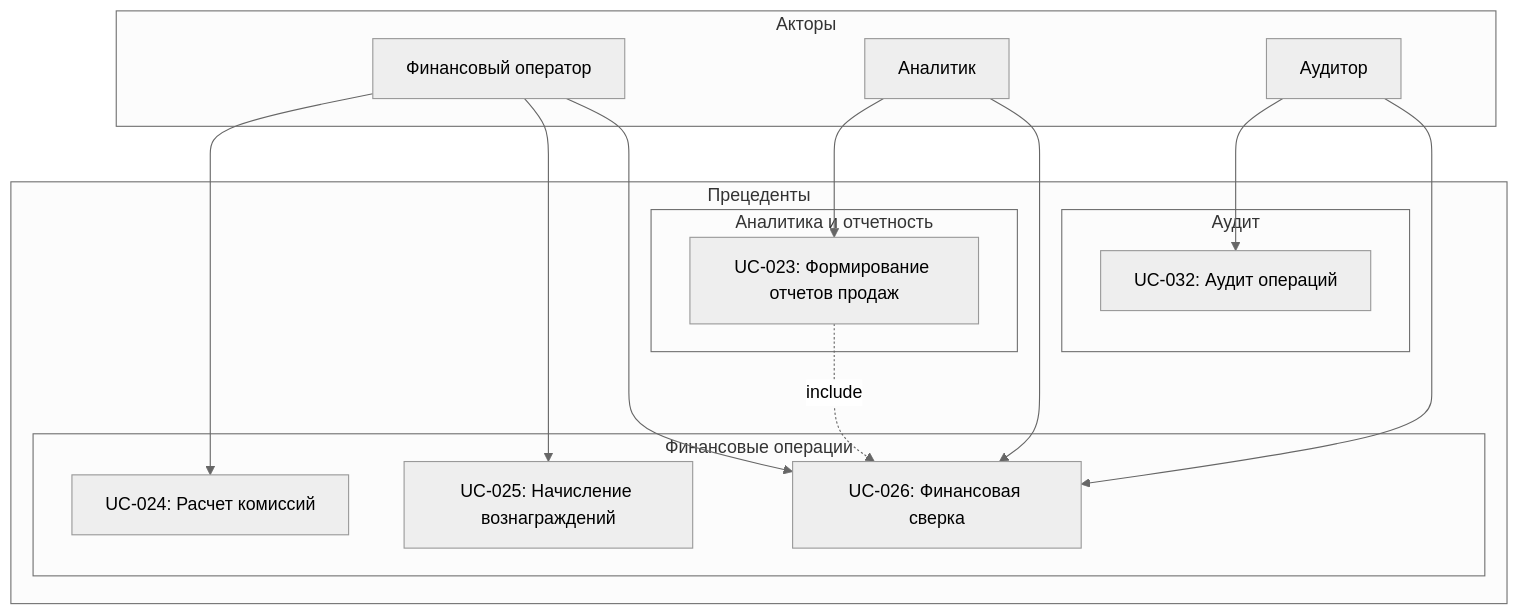
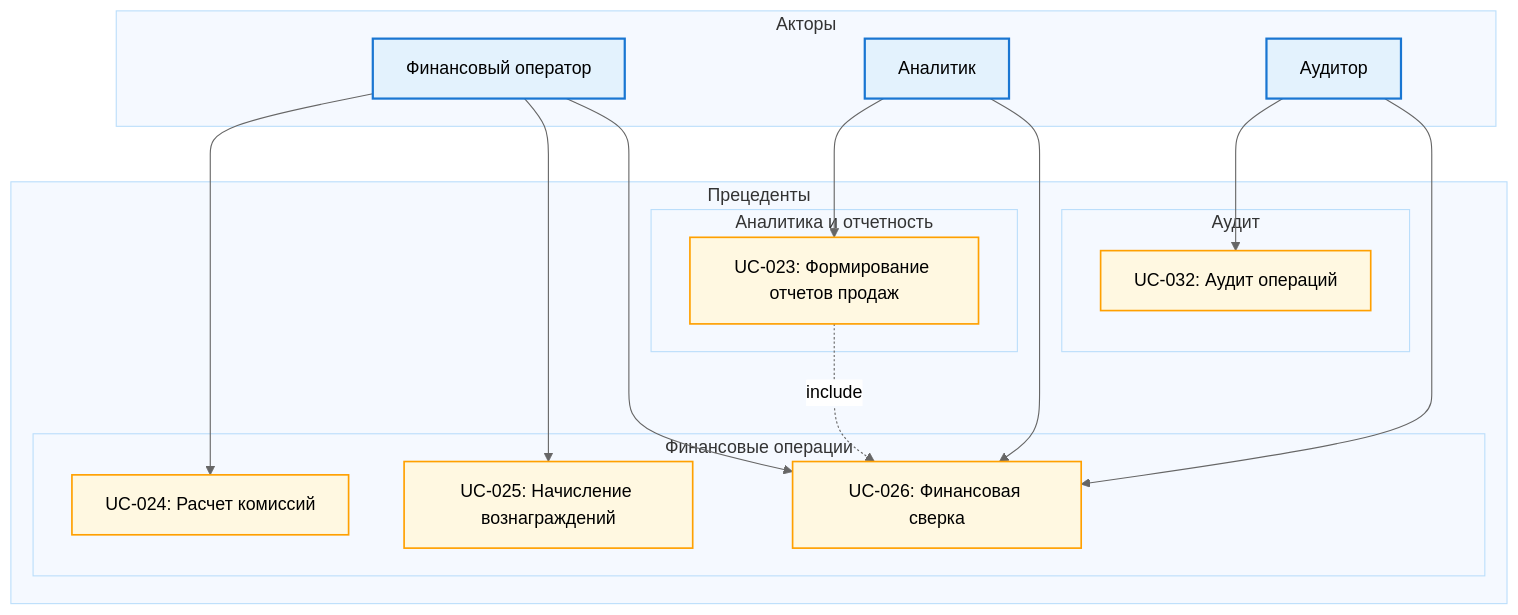
One commit to nnd2023/marketplace-project changed the diagram in Диаграммы прецендентов/Диаграмма Финансы и аналитика.md. Above: the diagram before and after it, drawn with Mermaid (neutral theme).

Commit message:
docs: Adding text

````diff
--- a/Диаграммы прецендентов/Диаграмма Финансы и аналитика.md
+++ b/Диаграммы прецендентов/Диаграмма Финансы и аналитика.md
@@ -3,39 +3,45 @@
 ```mermaid
 flowchart TB
     subgraph Actors["Акторы"]
         A9["Финансовый оператор"]
         A11["Аналитик"]
         A13["Аудитор"]
     end
     
     subgraph UC["Прецеденты"]
         subgraph C1["Финансовые операции"]
             UC024["UC-024: Расчет комиссий"]
             UC025["UC-025: Начисление вознаграждений"]
             UC026["UC-026: Финансовая сверка"]
         end
         
         subgraph C2["Аналитика и отчетность"]
             UC023["UC-023: Формирование отчетов продаж"]
         end
         
         subgraph C3["Аудит"]
             UC032["UC-032: Аудит операций"]
         end
     end
     
     A9 --> UC024
     A9 --> UC025
     A9 --> UC026
     
     A11 --> UC023
     A11 --> UC026
     
     A13 --> UC032
     A13 --> UC026
     
     UC023 -.include.-> UC026
     
     classDef actor fill:#e3f2fd,stroke:#1976d2,stroke-width:2px
     classDef group fill:#f5f9ff,stroke:#bbdefb
+    classDef usecase fill:#fff8e1,stroke:#ffa000,stroke-width:1.5px
+    
+    class Actors,UC,C1,C2,C3 group
+    class A9,A11,A13 actor
+    class UC023,UC024,UC025,UC026,UC032 usecase
+
 ```
````
